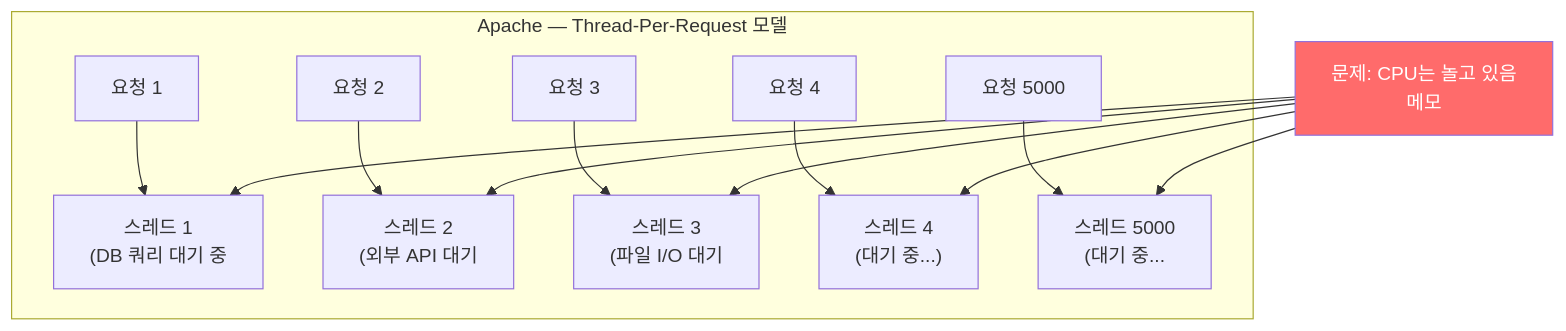
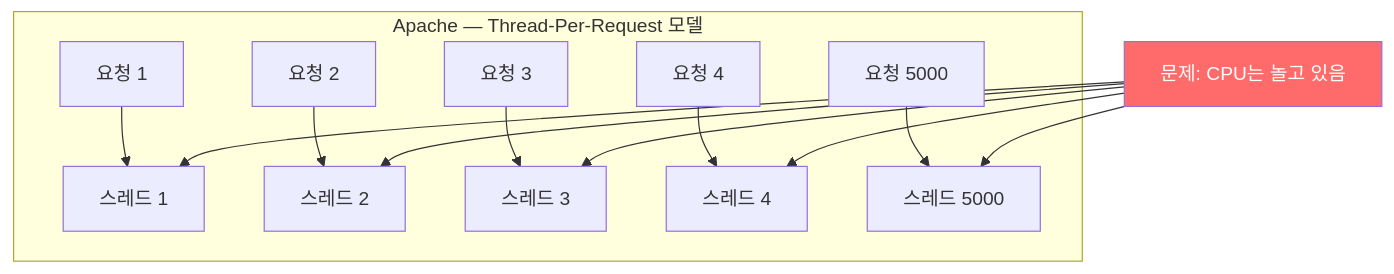
One commit to yjkim2015/yjkim2015.github.io changed the first of 18 diagrams in _posts/server/2026-05-01-nginx.md. Above: the diagram before and after it, drawn with Mermaid. The commit also changed other lines of this file and 217 other files, not shown here.

First line of the commit message:
Mermaid 크기 수정: useMaxWidth:true + SVG max-width:100% + 라벨 축소

````diff
--- a/_posts/server/2026-05-01-nginx.md
+++ b/_posts/server/2026-05-01-nginx.md
@@ -29,12 +29,12 @@
 ```mermaid
 graph TD
     subgraph "Apache — Thread-Per-Request 모델"
-        R1["요청 1"] --> T1["스레드 1\n(DB 쿼리 대기 중"]
-        R2["요청 2"] --> T2["스레드 2\n(외부 API 대기"]
-        R3["요청 3"] --> T3["스레드 3\n(파일 I/O 대기"]
-        R4["요청 4"] --> T4["스레드 4\n(대기 중...)"]
-        R5["요청 5000"] --> T5["스레드 5000\n(대기 중..."]
+        R1["요청 1"] --> T1["스레드 1"]
+        R2["요청 2"] --> T2["스레드 2"]
+        R3["요청 3"] --> T3["스레드 3"]
+        R4["요청 4"] --> T4["스레드 4"]
+        R5["요청 5000"] --> T5["스레드 5000"]
     end
-    PROBLEM["문제: CPU는 놀고 있음\n메모"] --> T1 & T2 & T3 & T4 & T5
+    PROBLEM["문제: CPU는 놀고 있음"] --> T1 & T2 & T3 & T4 & T5
     style PROBLEM fill:#ff6b6b,color:#fff
 ```
````
